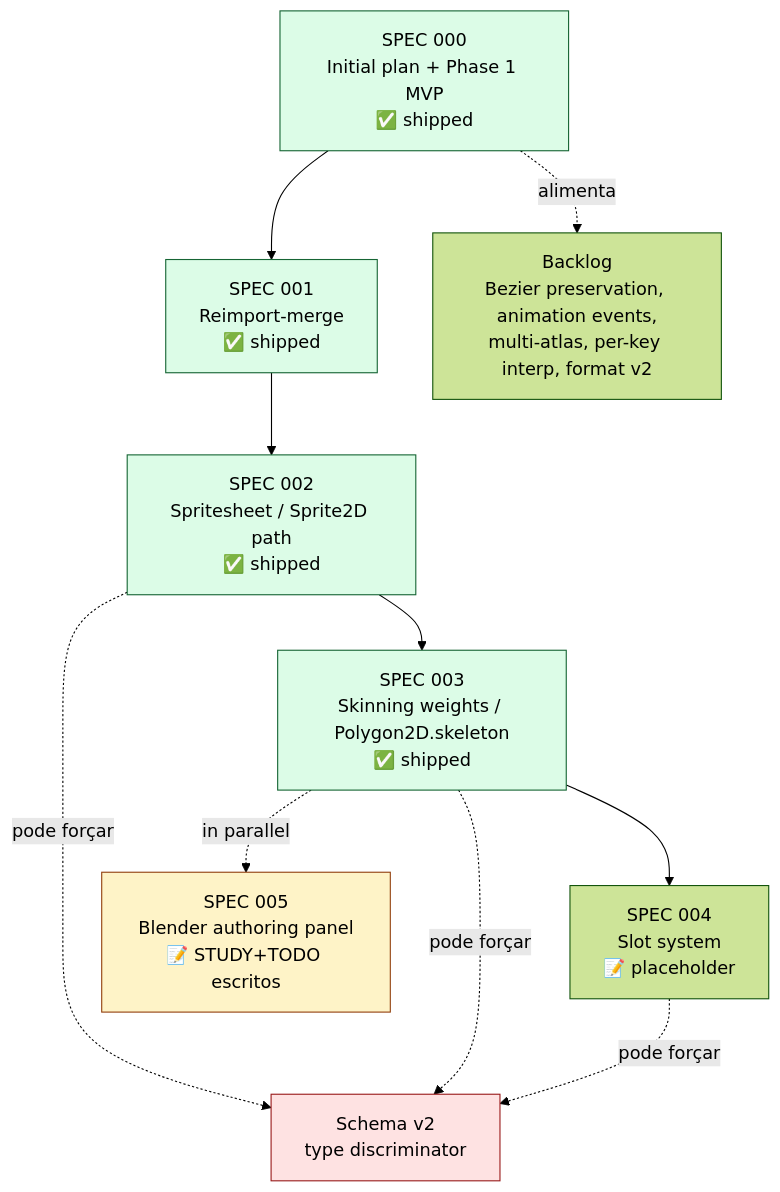
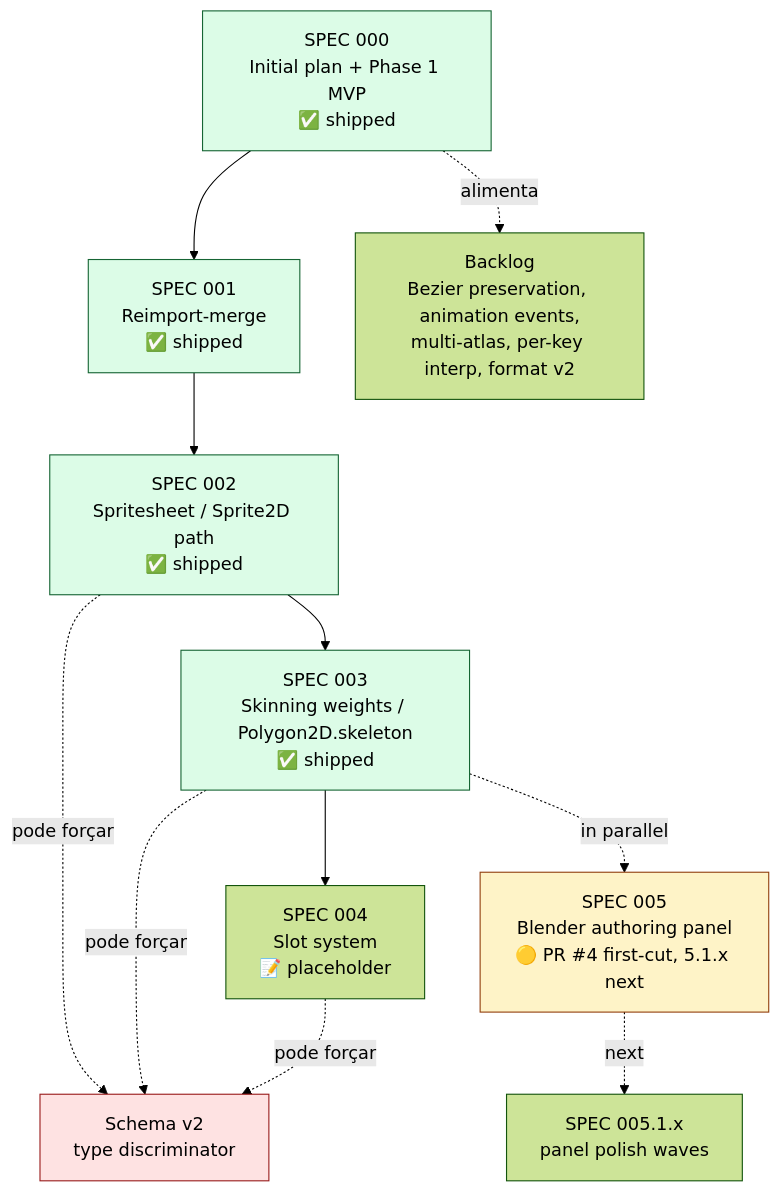
The fourth of 5 diagrams in STATUS.md (Space-Wizard-Studios/firebound-proscenio), drawn with Mermaid (forest theme) before and after one commit. The commit also changed other lines of this file and 3 other files, not shown here.

First line of the commit message:
docs: close SPEC 005 first-cut — TODO checkboxes, STATUS, README, cspell

````diff
--- a/STATUS.md
+++ b/STATUS.md
@@ -135,29 +136,32 @@
 ```mermaid
 flowchart TB
     S0[SPEC 000<br/>Initial plan + Phase 1 MVP<br/>✅ shipped]
     S1[SPEC 001<br/>Reimport-merge<br/>✅ shipped]
     S2[SPEC 002<br/>Spritesheet / Sprite2D path<br/>✅ shipped]
     S3[SPEC 003<br/>Skinning weights / Polygon2D.skeleton<br/>✅ shipped]
     S4[SPEC 004<br/>Slot system<br/>📝 placeholder]
-    S5[SPEC 005<br/>Blender authoring panel<br/>📝 STUDY+TODO escritos]
+    S5[SPEC 005<br/>Blender authoring panel<br/>🟡 PR #4 first-cut, 5.1.x next]
 
     BACKLOG[Backlog<br/>Bezier preservation, animation events,<br/>multi-atlas, per-key interp, format v2]
 
     S0 --> S1
     S1 --> S2
     S2 --> S3
     S3 --> S4
     S3 -.in parallel.-> S5
 
     S0 -.alimenta.-> BACKLOG
     S2 -.pode forçar.-> SCHEMA_V2[Schema v2<br/>type discriminator]
     S3 -.pode forçar.-> SCHEMA_V2
     S4 -.pode forçar.-> SCHEMA_V2
 
     style S0 fill:#dcfce7,stroke:#166534
     style S1 fill:#dcfce7,stroke:#166534
     style S2 fill:#dcfce7,stroke:#166534
     style S3 fill:#dcfce7,stroke:#166534
     style S5 fill:#fef3c7,stroke:#92400e
     style SCHEMA_V2 fill:#fee2e2,stroke:#991b1b
+
+    NEXTWAVE[SPEC 005.1.x<br/>panel polish waves]
+    S5 -.next.-> NEXTWAVE
 ```
````
